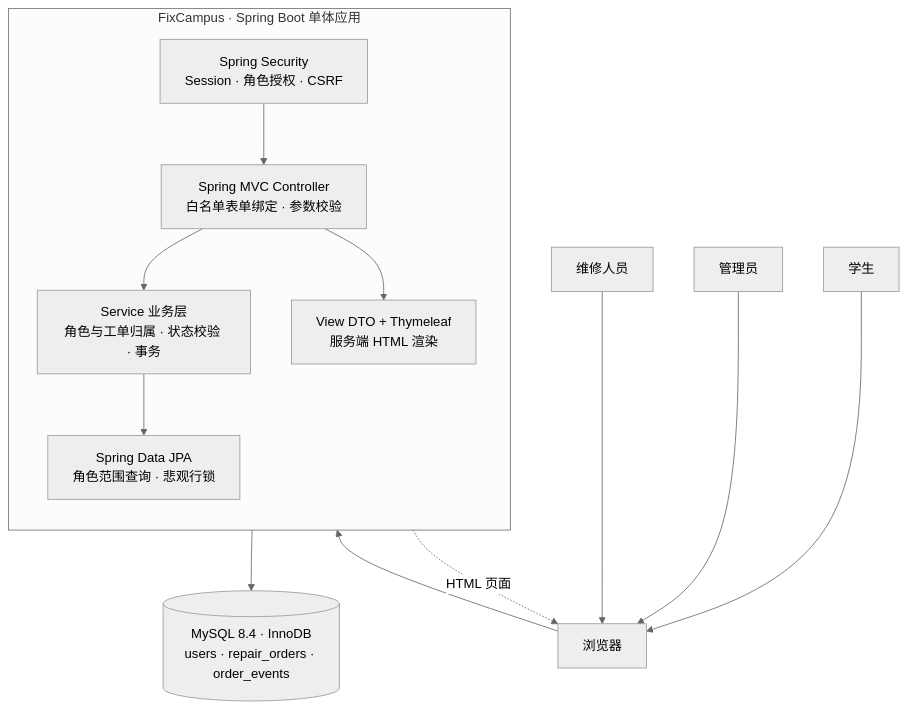
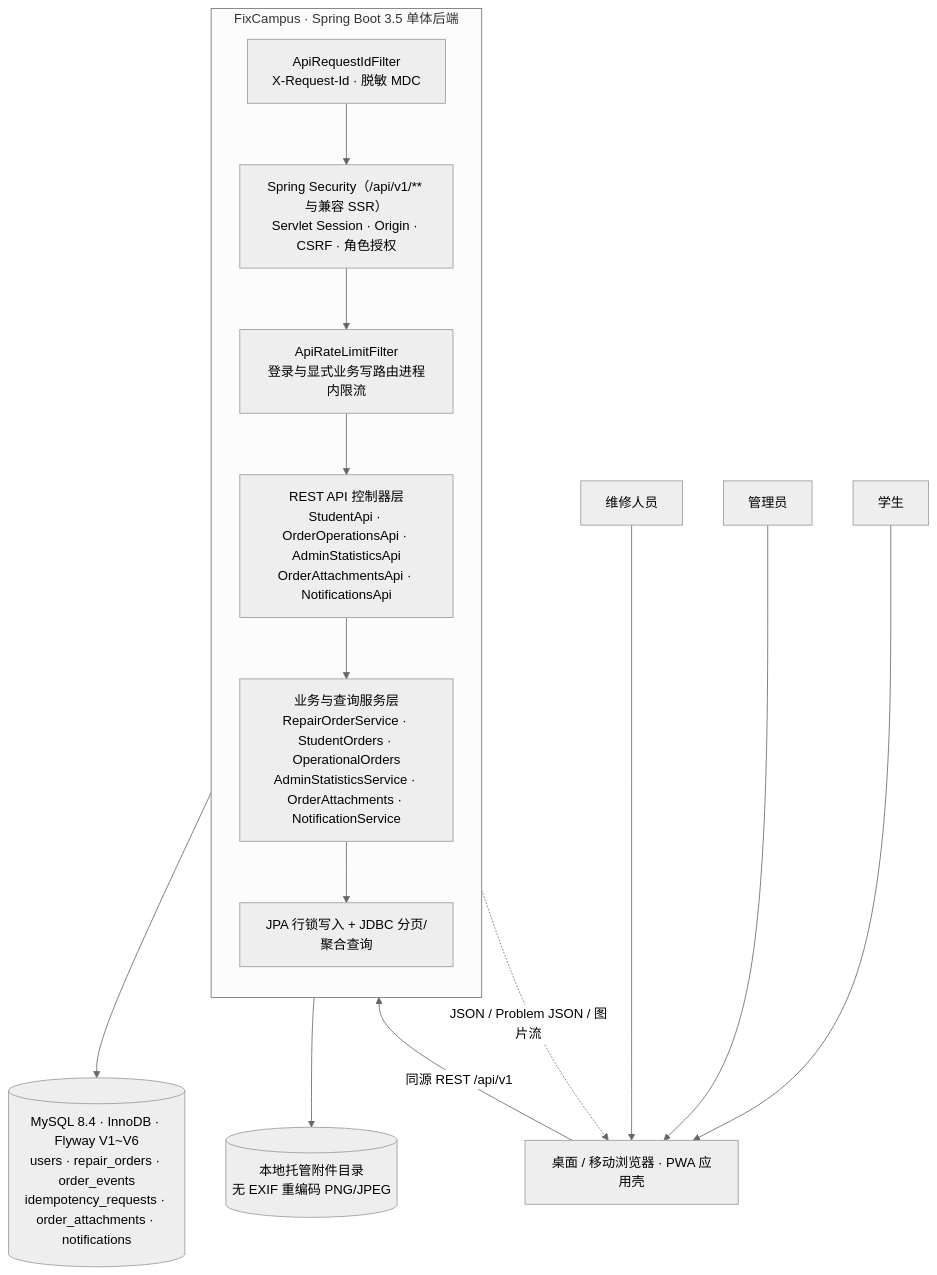
One commit to lifuxiaojiedegou/FixCampus-Showcase changed the first of 3 diagrams in docs/portfolio/SYSTEM-DIAGRAMS.md. Above: the diagram before and after it, drawn with Mermaid (neutral theme). The commit also changed other lines of this file and 176 other files, not shown here.

Commit message:
feat: release FixCampus 2.0 full-stack Web/PWA showcase snapshot (#1)

````diff
--- a/docs/portfolio/SYSTEM-DIAGRAMS.md
+++ b/docs/portfolio/SYSTEM-DIAGRAMS.md
@@ -9,23 +9,26 @@
 ```mermaid
 flowchart TB
-    ST["学生"] --> B["浏览器"]
+    ST["学生"] --> B["桌面 / 移动浏览器 · PWA 应用壳"]
     AD["管理员"] --> B
     WK["维修人员"] --> B
 
-    subgraph APP["FixCampus · Spring Boot 单体应用"]
+    subgraph APP["FixCampus · Spring Boot 3.5 单体后端"]
         direction TB
-        SEC["Spring Security<br/>Session · 角色授权 · CSRF"]
-        MVC["Spring MVC Controller<br/>白名单表单绑定 · 参数校验"]
-        SVC["Service 业务层<br/>角色与工单归属 · 状态校验 · 事务"]
-        REPO["Spring Data JPA<br/>角色范围查询 · 悲观行锁"]
-        VIEW["View DTO + Thymeleaf<br/>服务端 HTML 渲染"]
-        SEC --> MVC
-        MVC --> SVC
+        REQID["ApiRequestIdFilter<br/>X-Request-Id · 脱敏 MDC"]
+        SEC["Spring Security（/api/v1/** 与兼容 SSR）<br/>Servlet Session · Origin · CSRF · 角色授权"]
+        LIMIT["ApiRateLimitFilter<br/>登录与显式业务写路由进程内限流"]
+        API["REST API 控制器层<br/>StudentApi · OrderOperationsApi · AdminStatisticsApi<br/>OrderAttachmentsApi · NotificationsApi"]
+        SVC["业务与查询服务层<br/>RepairOrderService · StudentOrders · OperationalOrders<br/>AdminStatisticsService · OrderAttachments · NotificationService"]
+        REPO["JPA 行锁写入 + JDBC 分页/聚合查询"]
+        REQID --> SEC
+        SEC --> LIMIT
+        LIMIT --> API
+        API --> SVC
         SVC --> REPO
-        MVC --> VIEW
     end
 
-    B --> SEC
-    REPO --> DB[("MySQL 8.4 · InnoDB<br/>users · repair_orders · order_events")]
-    VIEW -. "HTML 页面" .-> B
+    B -- "同源 REST /api/v1" --> REQID
+    REPO --> DB[("MySQL 8.4 · InnoDB · Flyway V1~V6<br/>users · repair_orders · order_events<br/>idempotency_requests · order_attachments · notifications")]
+    SVC --> FS[("本地托管附件目录<br/>无 EXIF 重编码 PNG/JPEG")]
+    API -. "JSON / Problem JSON / 图片流" .-> B
 ```
````
